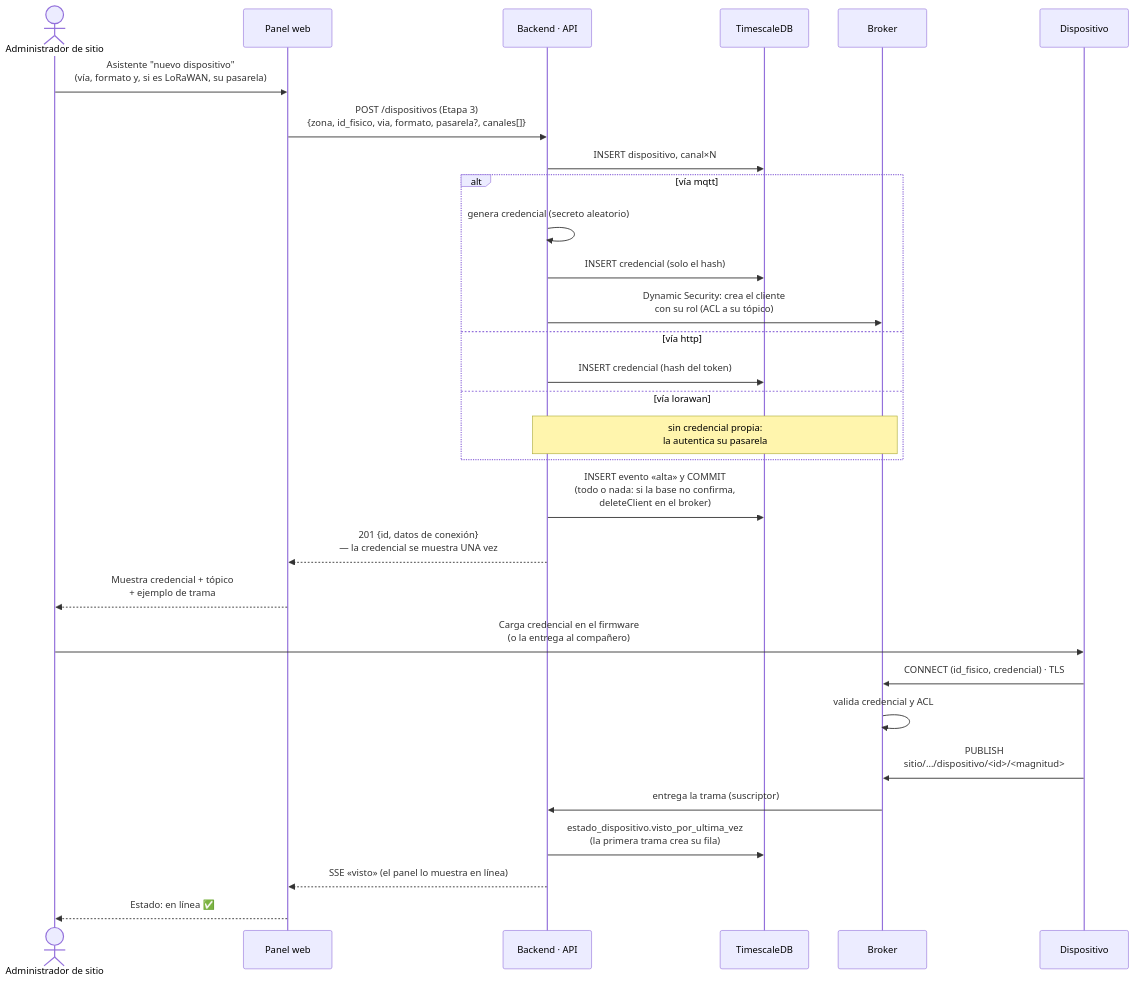
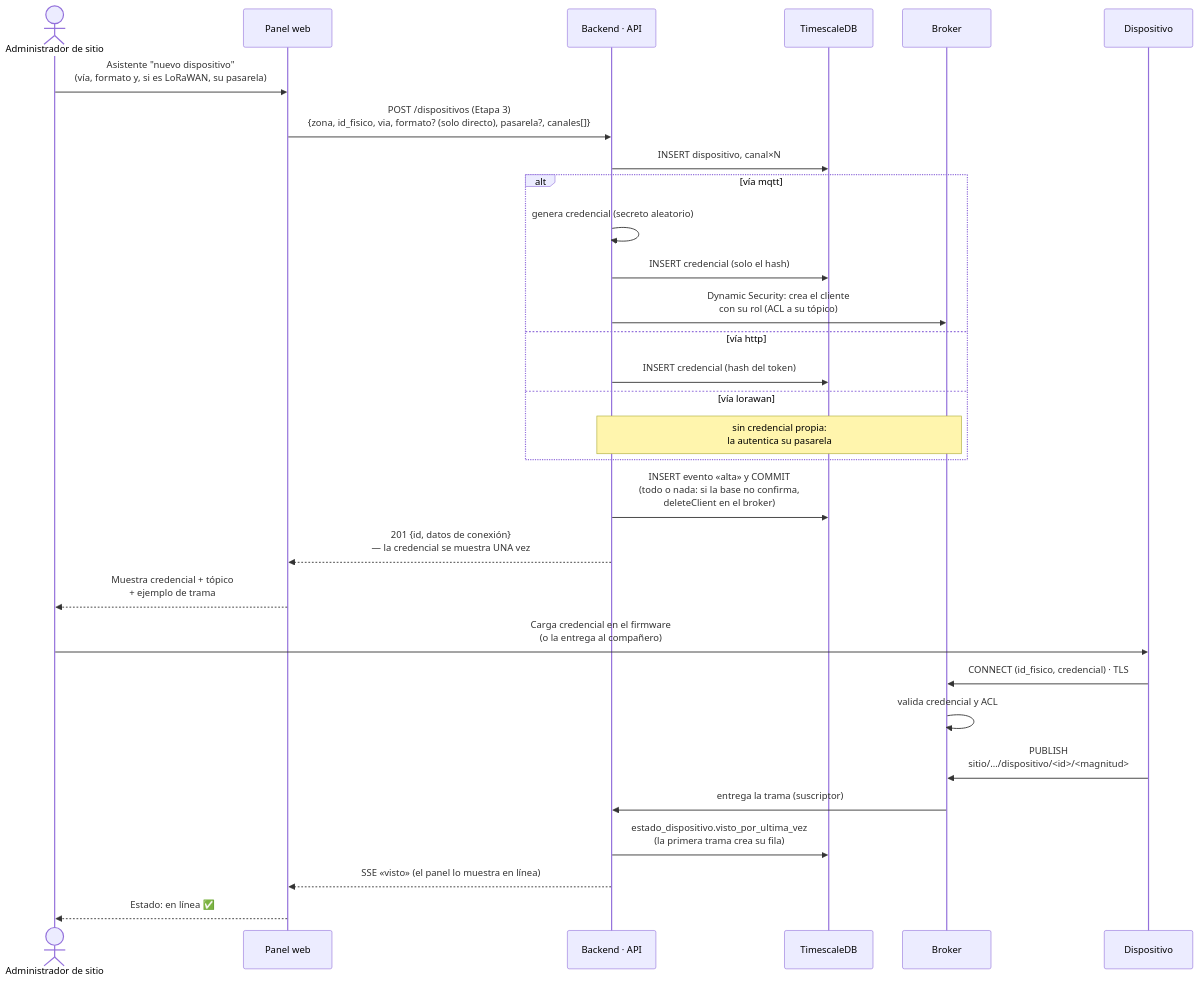
One commit to vicenterami/tesis changed the diagram in informe-oficial/figuras/mermaid/sec-alta.mmd. Above: the diagram before and after it, drawn with Mermaid. The commit also changed 26 other files, not shown here.

```diff
--- a/informe-oficial/figuras/mermaid/sec-alta.mmd
+++ b/informe-oficial/figuras/mermaid/sec-alta.mmd
@@ -1,31 +1,31 @@
 sequenceDiagram
     actor Admin as Administrador de sitio
     participant FE as Panel web
     participant API as Backend · API
     participant DB as TimescaleDB
     participant MQ as Broker
     participant Dev as Dispositivo
 
     Admin->>FE: Asistente "nuevo dispositivo"<br/>(vía, formato y, si es LoRaWAN, su pasarela)
-    FE->>API: POST /dispositivos (Etapa 3)<br/>{zona, id_fisico, via, formato, pasarela?, canales[]}
+    FE->>API: POST /dispositivos (Etapa 3)<br/>{zona, id_fisico, via, formato? (solo directo), pasarela?, canales[]}
     API->>DB: INSERT dispositivo, canal×N
     alt vía mqtt
         API->>API: genera credencial (secreto aleatorio)
         API->>DB: INSERT credencial (solo el hash)
         API->>MQ: Dynamic Security: crea el cliente<br/>con su rol (ACL a su tópico)
     else vía http
         API->>DB: INSERT credencial (hash del token)
     else vía lorawan
         Note over API,MQ: sin credencial propia:<br/>la autentica su pasarela
     end
     API->>DB: INSERT evento «alta» y COMMIT<br/>(todo o nada: si la base no confirma,<br/>deleteClient en el broker)
     API-->>FE: 201 {id, datos de conexión}<br/>— la credencial se muestra UNA vez
     FE-->>Admin: Muestra credencial + tópico<br/>+ ejemplo de trama
     Admin->>Dev: Carga credencial en el firmware<br/>(o la entrega al compañero)
     Dev->>MQ: CONNECT (id_fisico, credencial) · TLS
     MQ->>MQ: valida credencial y ACL
     Dev->>MQ: PUBLISH<br/>sitio/…/dispositivo/<id>/<magnitud>
     MQ->>API: entrega la trama (suscriptor)
     API->>DB: estado_dispositivo.visto_por_ultima_vez<br/>(la primera trama crea su fila)
     API-->>FE: SSE «visto» (el panel lo muestra en línea)
     FE-->>Admin: Estado: en línea ✅
```
